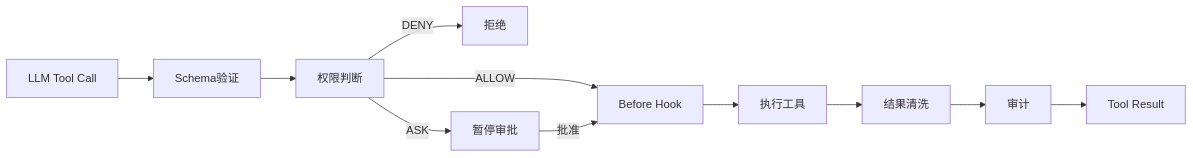
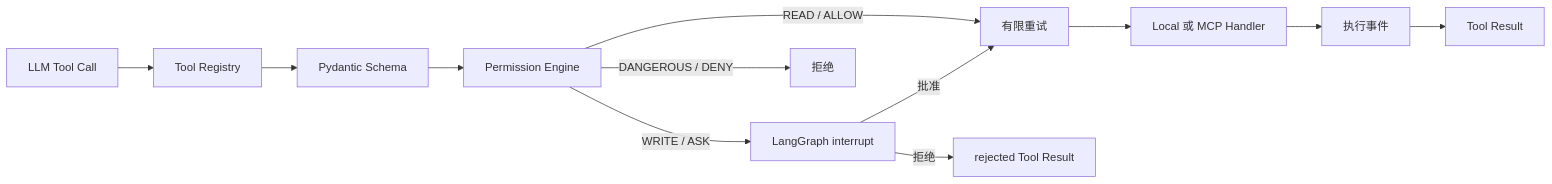
One commit to 1793172882/TravelMind changed the diagram in docs/03-harness-and-mcp-design.md. Above: the diagram before and after it, drawn with Mermaid. The commit also changed other lines of this file and 8 other files, not shown here.

````diff
--- a/docs/03-harness-and-mcp-design.md
+++ b/docs/03-harness-and-mcp-design.md
@@ -58,13 +62,14 @@
 ```mermaid
 flowchart LR
-    Request["LLM Tool Call"] --> Validate["Schema验证"]
-    Validate --> Permission["权限判断"]
-    Permission -->|DENY| Reject["拒绝"]
-    Permission -->|ASK| Interrupt["暂停审批"]
-    Permission -->|ALLOW| Before["Before Hook"]
-    Interrupt -->|批准| Before
-    Before --> Execute["执行工具"]
-    Execute --> Normalize["结果清洗"]
-    Normalize --> Audit["审计"]
-    Audit --> Result["Tool Result"]
+    LLM["LLM Tool Call"] --> Registry["Tool Registry"]
+    Registry --> Schema["Pydantic Schema"]
+    Schema --> Permission["Permission Engine"]
+    Permission -->|READ / ALLOW| Retry["有限重试"]
+    Permission -->|WRITE / ASK| Interrupt["LangGraph interrupt"]
+    Permission -->|DANGEROUS / DENY| Deny["拒绝"]
+    Interrupt -->|批准| Retry
+    Interrupt -->|拒绝| Rejected["rejected Tool Result"]
+    Retry --> Handler["Local 或 MCP Handler"]
+    Handler --> Events["执行事件"]
+    Events --> Result["Tool Result"]
 ```
````
